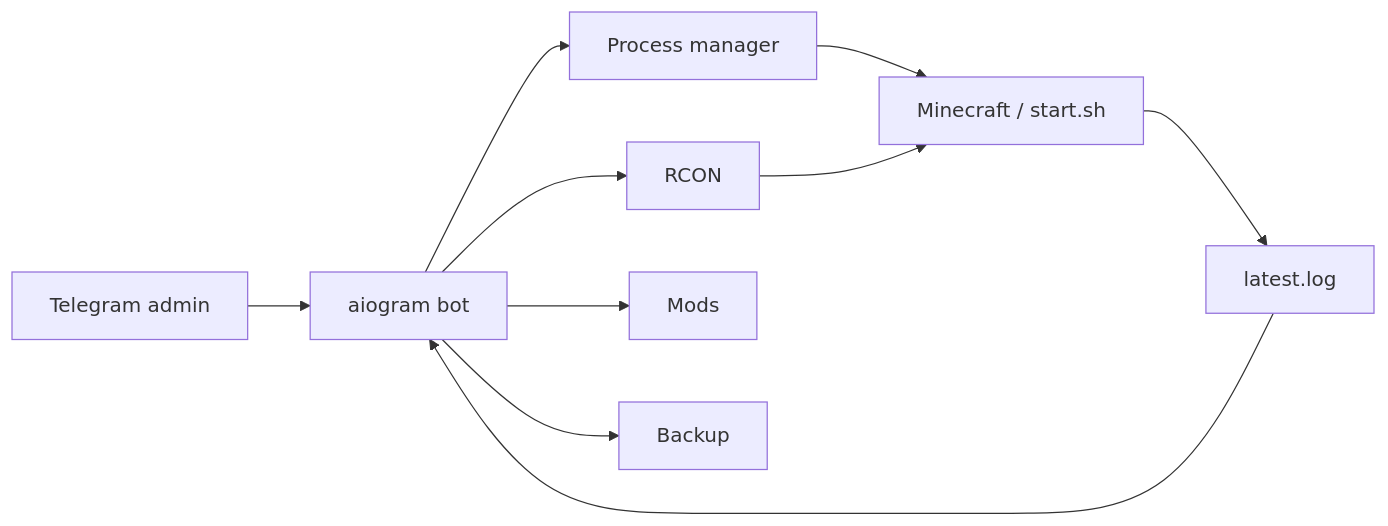
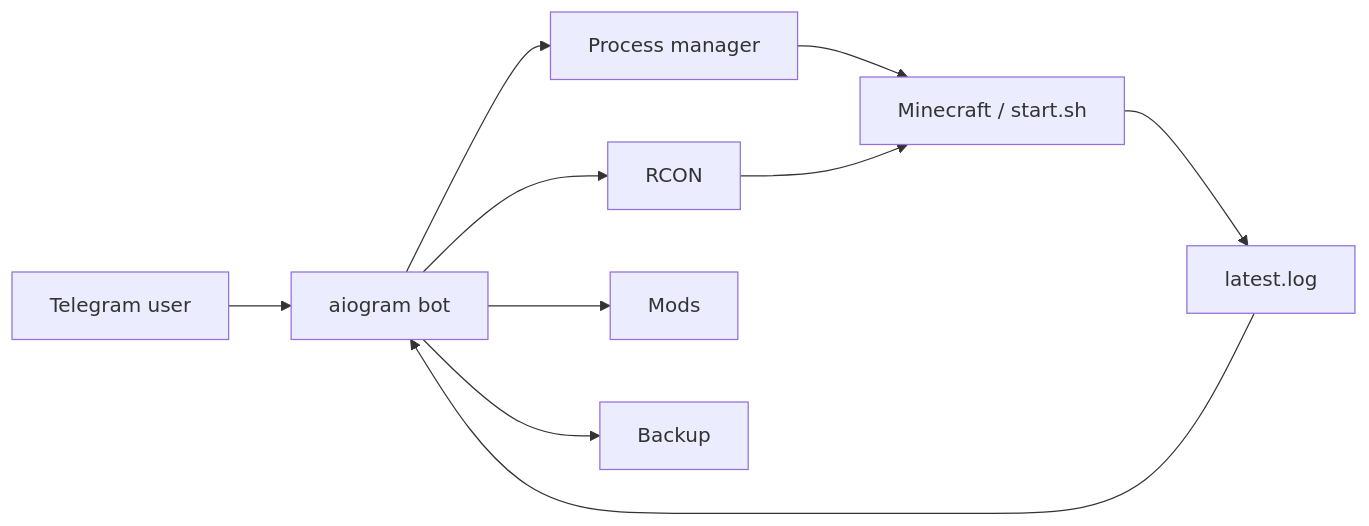
The diagram in README_RU.md (sqwiziiy/Telegram-Minecraft-Server-Manager), drawn with Mermaid before and after one commit. The commit also changed other lines of this file, not shown here.

````diff
--- a/README_RU.md
+++ b/README_RU.md
@@ -41,12 +41,12 @@
 ```mermaid
 flowchart LR
-    TG[Telegram admin] --> BOT[aiogram bot]
+    TG[Telegram user] --> BOT[aiogram bot]
     BOT --> PM[Process manager]
     BOT --> RCON[RCON]
     BOT --> MODS[Mods]
     BOT --> BACKUP[Backup]
     PM --> MC[Minecraft / start.sh]
     RCON --> MC
     MC --> LOG[latest.log]
     LOG --> BOT
 ```
````
